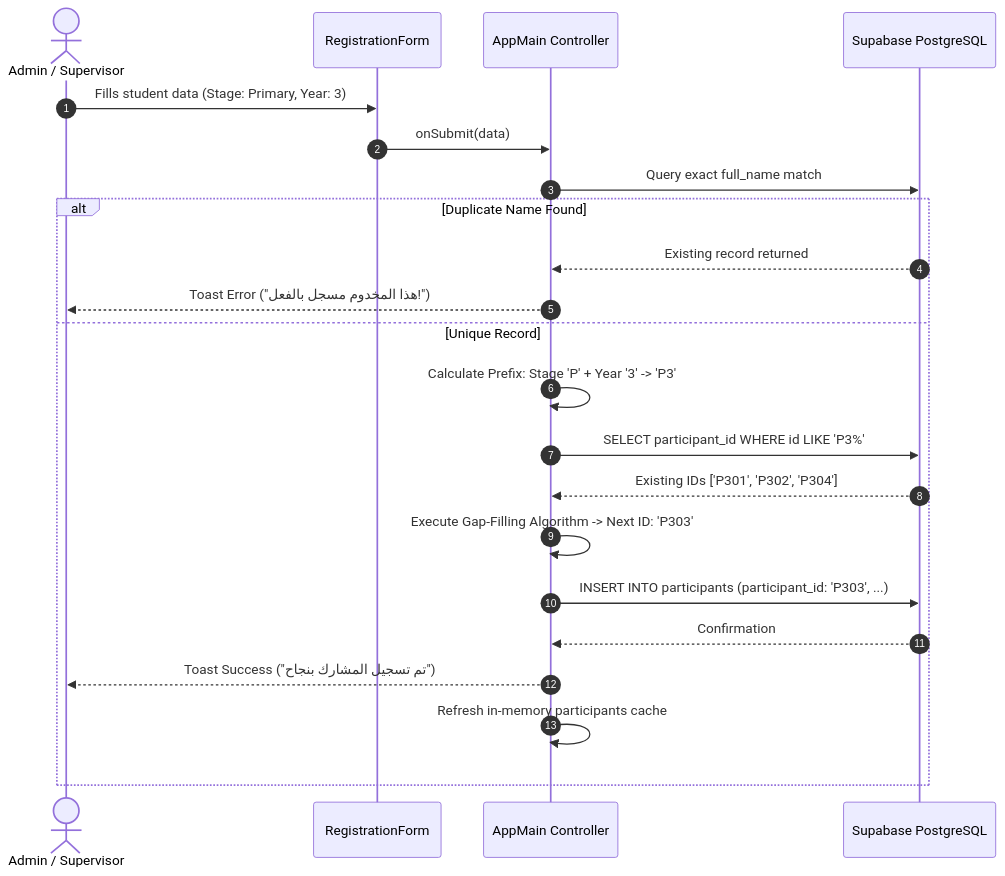
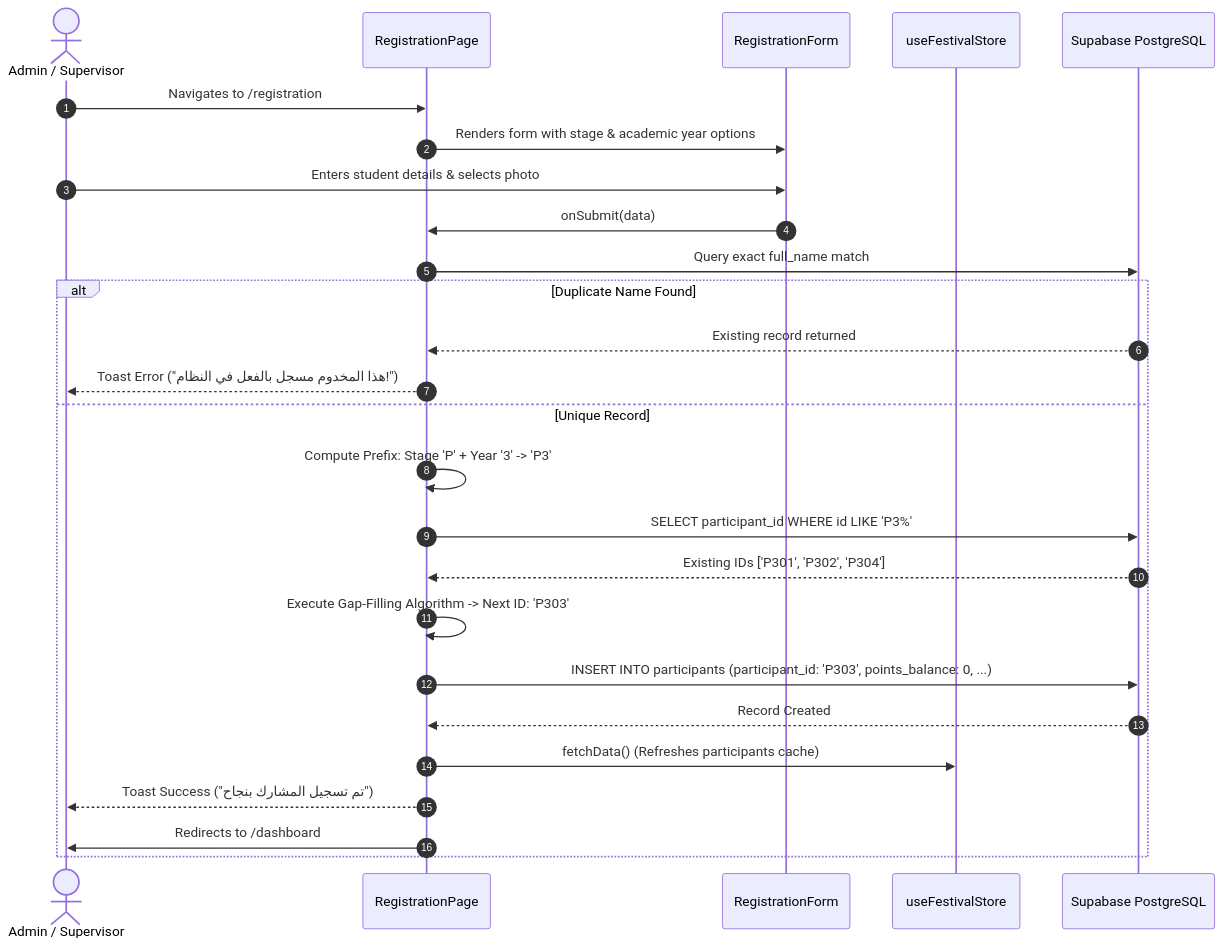
Before and after one commit to BavlyPeter/Aribsalin: the first of 7 diagrams in MD/ARIBSALIN-DOCUMENTATION.md, drawn with Mermaid. The commit also changed other lines of this file and 22 other files, not shown here.

````diff
--- a/MD/ARIBSALIN-DOCUMENTATION.md
+++ b/MD/ARIBSALIN-DOCUMENTATION.md
@@ -244,25 +259,29 @@
 ```mermaid
 sequenceDiagram
     autonumber
     actor Supervisor as Admin / Supervisor
-    participant UI as RegistrationForm
-    participant App as AppMain Controller
+    participant Page as RegistrationPage
+    participant Form as RegistrationForm
+    participant Store as useFestivalStore
     participant DB as Supabase PostgreSQL
 
-    Supervisor->>UI: Fills student data (Stage: Primary, Year: 3)
-    UI->>App: onSubmit(data)
-    App->>DB: Query exact full_name match
+    Supervisor->>Page: Navigates to /registration
+    Page->>Form: Renders form with stage & academic year options
+    Supervisor->>Form: Enters student details & selects photo
+    Form->>Page: onSubmit(data)
+    Page->>DB: Query exact full_name match
     alt Duplicate Name Found
-        DB-->>App: Existing record returned
-        App-->>Supervisor: Toast Error ("هذا المخدوم مسجل بالفعل!")
+        DB-->>Page: Existing record returned
+        Page-->>Supervisor: Toast Error ("هذا المخدوم مسجل بالفعل في النظام!")
     else Unique Record
-        App->>App: Calculate Prefix: Stage 'P' + Year '3' -> 'P3'
-        App->>DB: SELECT participant_id WHERE id LIKE 'P3%'
-        DB-->>App: Existing IDs ['P301', 'P302', 'P304']
-        App->>App: Execute Gap-Filling Algorithm -> Next ID: 'P303'
-        App->>DB: INSERT INTO participants (participant_id: 'P303', ...)
-        DB-->>App: Confirmation
-        App-->>Supervisor: Toast Success ("تم تسجيل المشارك بنجاح")
-        App->>App: Refresh in-memory participants cache
+        Page->>Page: Compute Prefix: Stage 'P' + Year '3' -> 'P3'
+        Page->>DB: SELECT participant_id WHERE id LIKE 'P3%'
+        DB-->>Page: Existing IDs ['P301', 'P302', 'P304']
+        Page->>Page: Execute Gap-Filling Algorithm -> Next ID: 'P303'
+        Page->>DB: INSERT INTO participants (participant_id: 'P303', points_balance: 0, ...)
+        DB-->>Page: Record Created
+        Page->>Store: fetchData() (Refreshes participants cache)
+        Page-->>Supervisor: Toast Success ("تم تسجيل المشارك بنجاح")
+        Page->>Supervisor: Redirects to /dashboard
     end
 ```
````
